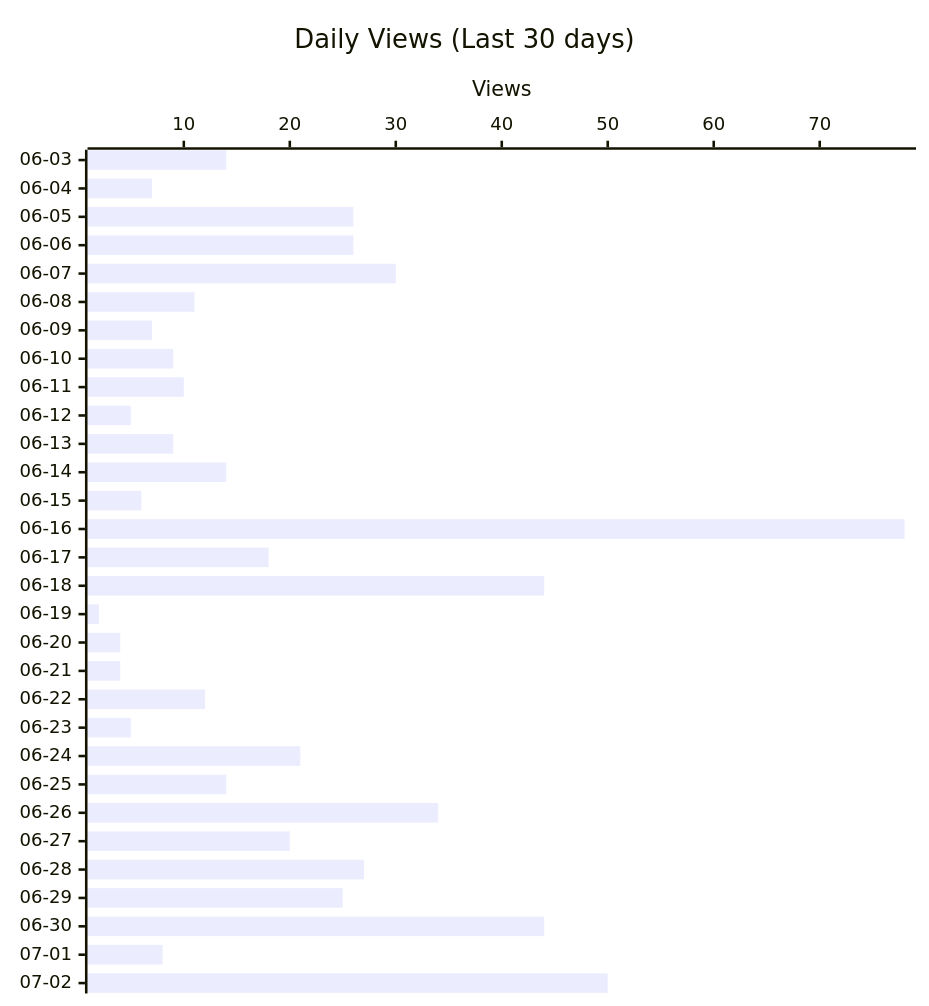
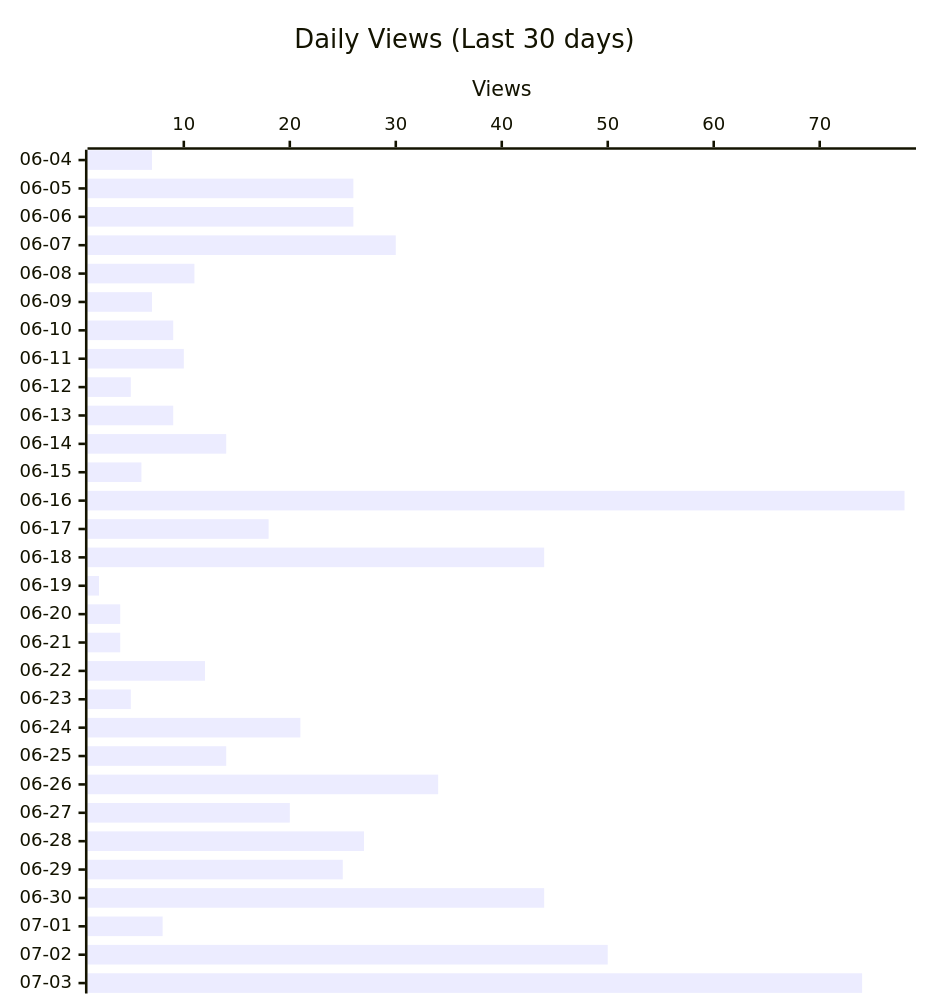
Before and after one commit to shigechika/github-insights: the second of 3 diagrams in README.md, drawn with Mermaid. The commit also changed other lines of this file and 2 other files, not shown here.

````diff
--- a/README.md
+++ b/README.md
@@ -28,12 +28,12 @@
 ```mermaid
 ---
 config:
   xyChart:
     height: 760
 ---
 xychart-beta horizontal
     title "Daily Views (Last 30 days)"
-    x-axis ["06-03", "06-04", "06-05", "06-06", "06-07", "06-08", "06-09", "06-10", "06-11", "06-12", "06-13", "06-14", "06-15", "06-16", "06-17", "06-18", "06-19", "06-20", "06-21", "06-22", "06-23", "06-24", "06-25", "06-26", "06-27", "06-28", "06-29", "06-30", "07-01", "07-02"]
+    x-axis ["06-04", "06-05", "06-06", "06-07", "06-08", "06-09", "06-10", "06-11", "06-12", "06-13", "06-14", "06-15", "06-16", "06-17", "06-18", "06-19", "06-20", "06-21", "06-22", "06-23", "06-24", "06-25", "06-26", "06-27", "06-28", "06-29", "06-30", "07-01", "07-02", "07-03"]
     y-axis "Views"
-    bar [14, 7, 26, 26, 30, 11, 7, 9, 10, 5, 9, 14, 6, 78, 18, 44, 2, 4, 4, 12, 5, 21, 14, 34, 20, 27, 25, 44, 8, 50]
+    bar [7, 26, 26, 30, 11, 7, 9, 10, 5, 9, 14, 6, 78, 18, 44, 2, 4, 4, 12, 5, 21, 14, 34, 20, 27, 25, 44, 8, 50, 74]
 ```
````
